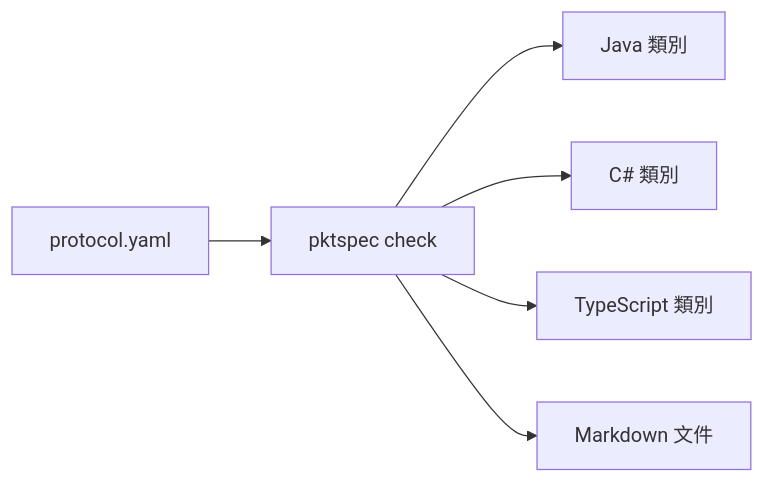
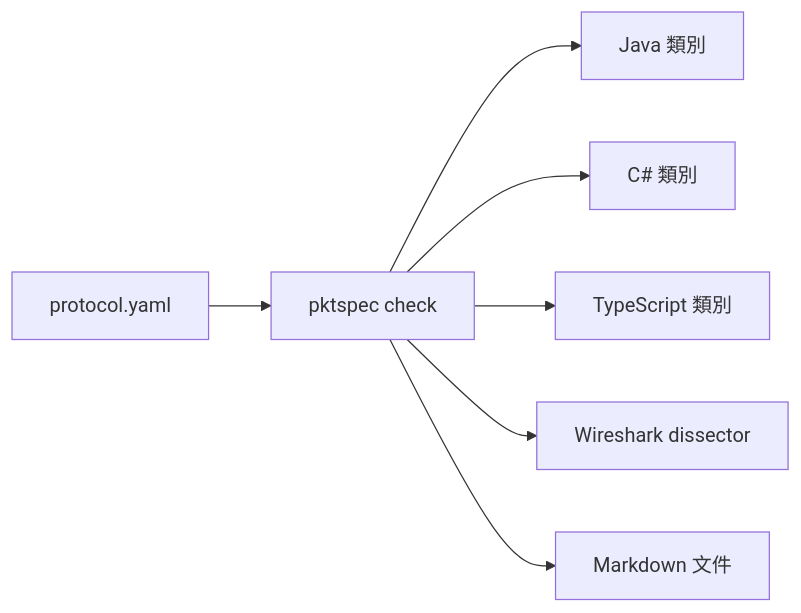
One commit to vtxe02023274/pktspec changed the diagram in README.md. Above: the diagram before and after it, drawn with Mermaid. The commit also changed other lines of this file and 11 other files, not shown here.

Commit message:
新增:Wireshark Lua dissector 產生器

````diff
--- a/README.md
+++ b/README.md
@@ -9,8 +9,9 @@
 ```mermaid
 flowchart LR
   yaml[protocol.yaml] --> check[pktspec check]
   check --> java[Java 類別]
   check --> csharp[C# 類別]
   check --> ts[TypeScript 類別]
+  check --> lua[Wireshark dissector]
   check --> docs[Markdown 文件]
 ```
````
